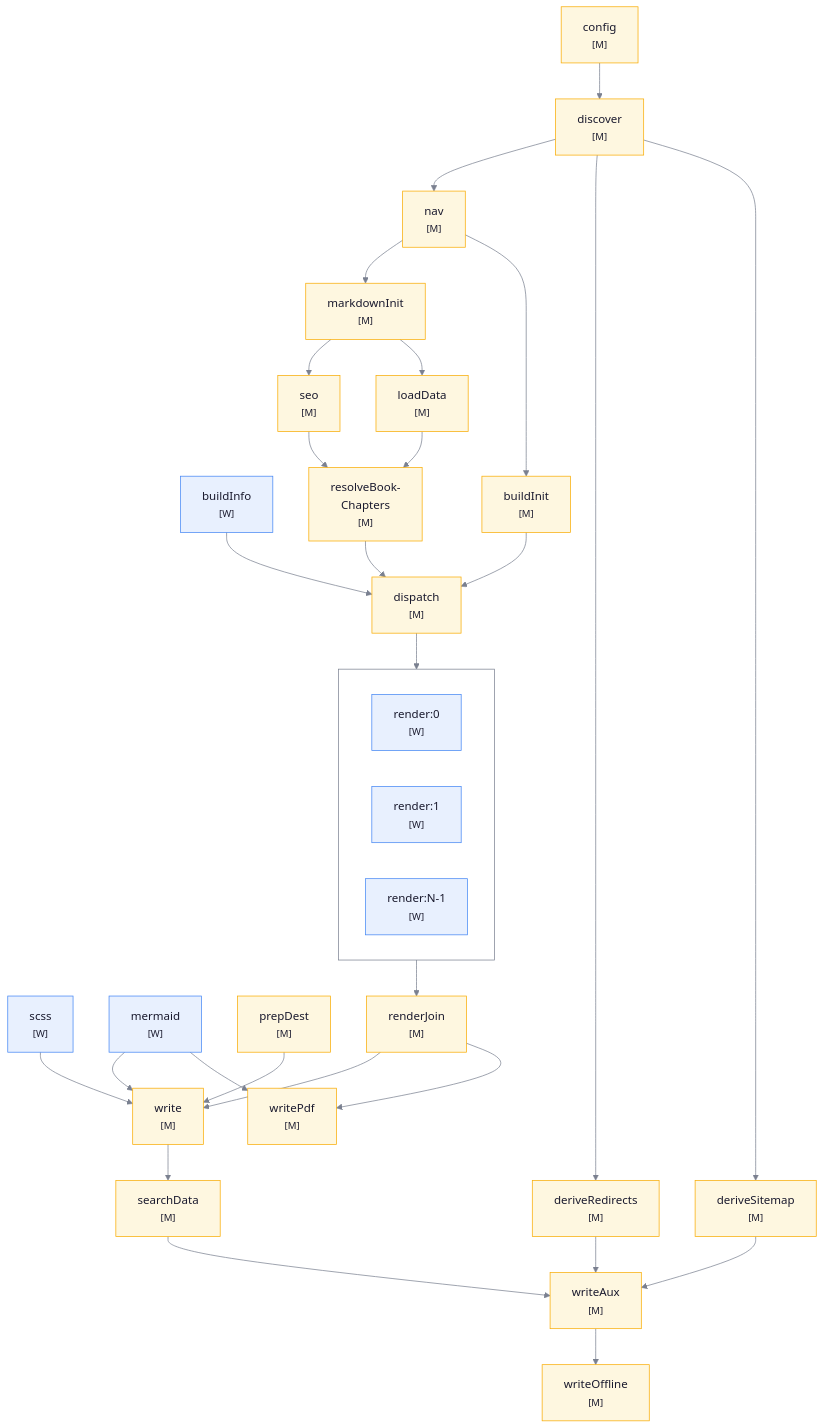
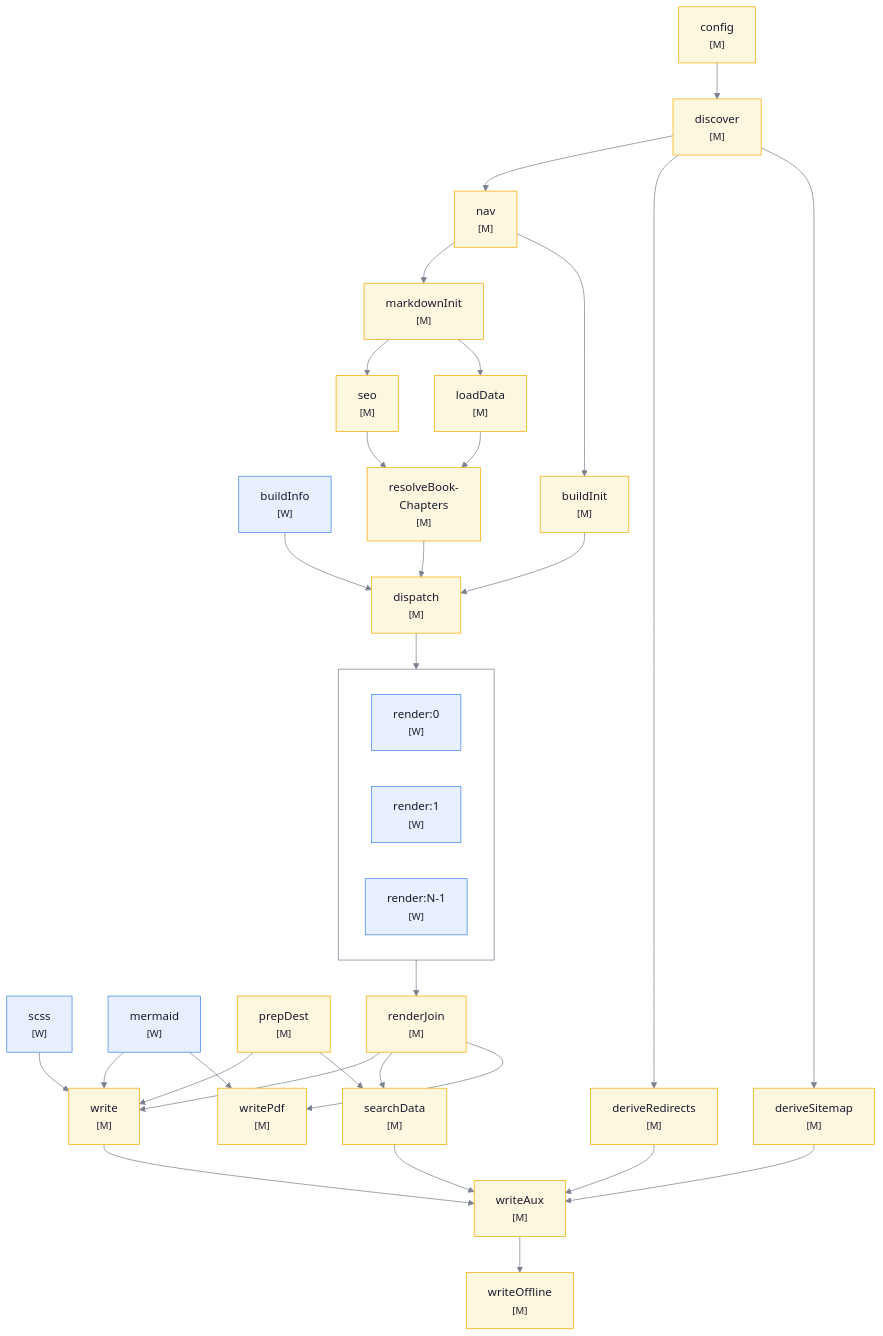
One commit to twinbasic/documentation changed the diagram in docs/assets/images/mmd/scheduler-dag.mmd. Above: the diagram before and after it, drawn with Mermaid. The commit also changed 4 other files, not shown here.

Commit message:
SearchData really requires renderJoin and prepDest, not Write.

```diff
--- a/docs/assets/images/mmd/scheduler-dag.mmd
+++ b/docs/assets/images/mmd/scheduler-dag.mmd
@@ -1,54 +1,56 @@
 %%{init: {"themeVariables": {"clusterBkg": "transparent", "clusterBorder": "#7a8090", "lineColor": "#7a8090"}}}%%
 flowchart TB
     %%subgraph seeds [" "]
     %%    direction LR
         BI["buildInfo<br><small>[W]</small>"]
         SC["scss<br><small>[W]</small>"]
         MM["mermaid<br><small>[W]</small>"]
         PD["prepDest<br><small>[M]</small>"]
     %%end
 
     CF["config<br><small>[M]</small>"] --> DI["discover<br><small>[M]</small>"]
     DI --> NV["nav<br><small>[M]</small>"]
     DI --> DR["deriveRedirects<br><small>[M]</small>"]
     DI --> DS["deriveSitemap<br><small>[M]</small>"]
     NV --> MI["markdownInit<br><small>[M]</small>"]
     NV --> BU["buildInit<br><small>[M]</small>"]
     MI --> SE["seo<br><small>[M]</small>"]
     MI --> LD["loadData<br><small>[M]</small>"]
     SE --> RC["resolveBook-<br>Chapters<br><small>[M]</small>"]
     LD --> RC
 
     BU --> DP["dispatch<br><small>[M]</small>"]
     RC --> DP
     BI --> DP
 
     subgraph fanout [" "]
         direction LR
         R0["render:0<br><small>[W]</small>"]
         R1["render:1<br><small>[W]</small>"]
         RN["render:N-1<br><small>[W]</small>"]
     end
 
     DP --> fanout
 
     fanout --> RJ["renderJoin<br><small>[M]</small>"]
 
     RJ --> WR["write<br><small>[M]</small>"]
     SC --> WR
     MM --> WR
     PD --> WR
 
-    WR --> SD["searchData<br><small>[M]</small>"]
-    SD --> WA["writeAux<br><small>[M]</small>"]
+    RJ --> SD["searchData<br><small>[M]</small>"]
+    PD --> SD
+    WR --> WA["writeAux<br><small>[M]</small>"]
+    SD --> WA
     DR --> WA
     DS --> WA
 
     WA --> WO["writeOffline<br><small>[M]</small>"]
     RJ --> WP["writePdf<br><small>[M]</small>"]
     MM --> WP
 
     classDef worker fill:#e8f0fe,stroke:#4285f4,color:#1a1a2e
     classDef main fill:#fef7e0,stroke:#f9ab00,color:#1a1a2e
     class BI,SC,MM,R0,R1,RN worker
     class CF,DI,NV,MI,BU,SE,LD,RC,DP,RJ,WR,SD,WA,DR,DS,WO,WP,PD main
```
